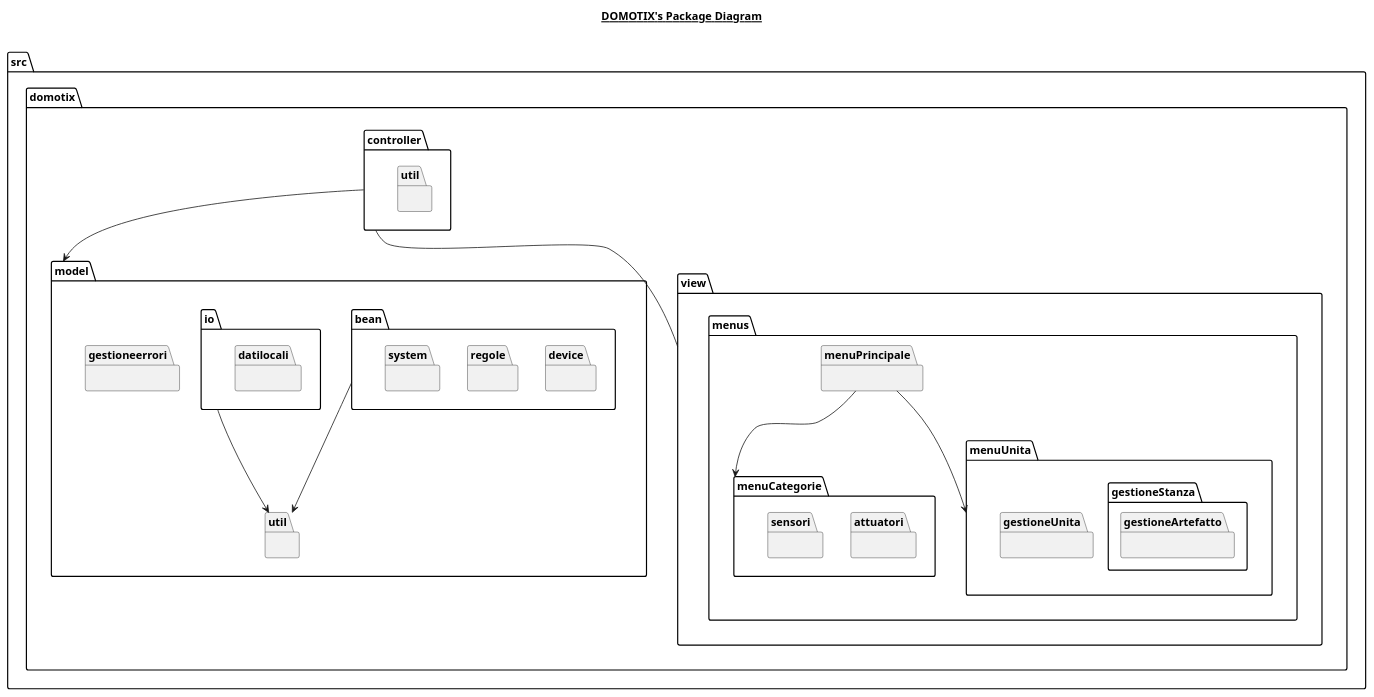
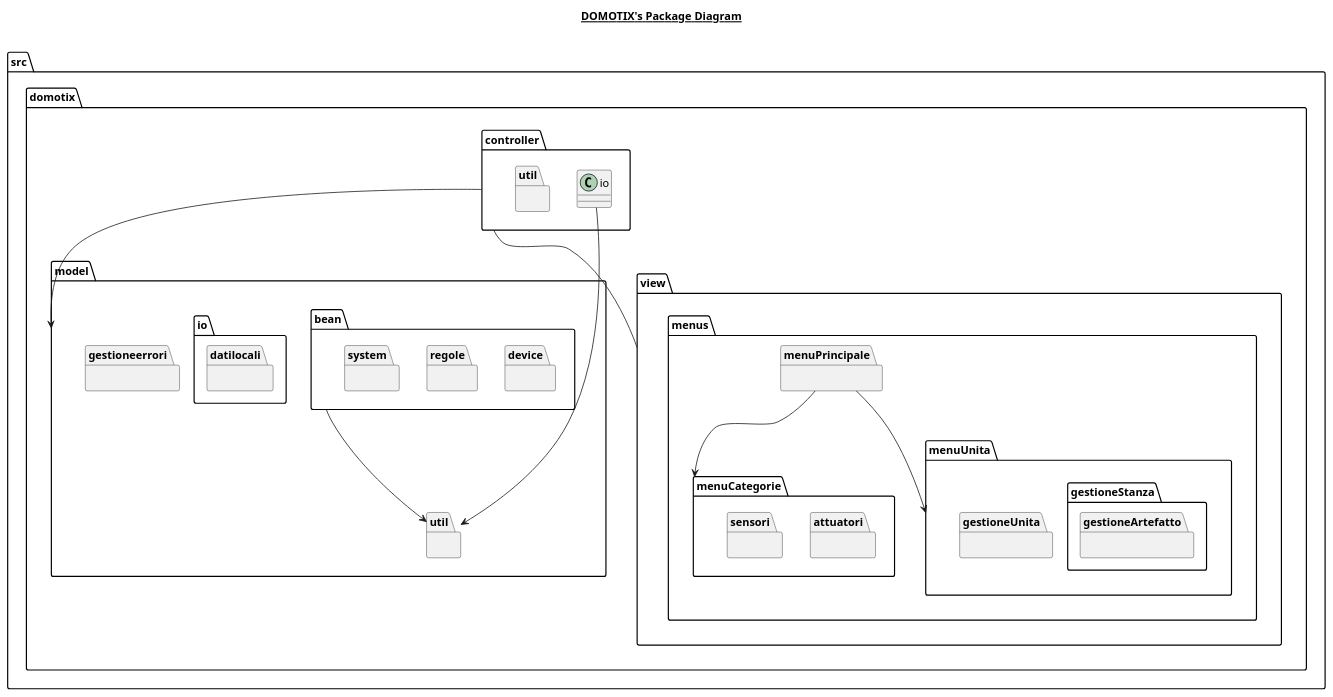
One commit to Edoar-do/Domotix changed the diagram in Package.plantuml. Above: the diagram before and after it, drawn with PlantUML. The commit also changed 76 other files, not shown here.

```diff
--- a/Package.plantuml
+++ b/Package.plantuml
@@ -1,59 +1,59 @@
 @startuml
 
 title __DOMOTIX's Package Diagram__\n
 
 namespace src {
     namespace domotix {
         namespace controller {
             namespace util {
             }
         }
         namespace model {
             namespace bean {
                 namespace device {
                 }
                 namespace regole {
                 }
                 namespace system {
                 }
             }
             namespace gestioneerrori {
             }
             namespace io {
                 namespace datilocali {
                 }
             }
             namespace util {
             }
         }
         namespace view {
             namespace menus {
                 namespace menuPrincipale {
                 }
                 namespace menuCategorie {
                     namespace attuatori {
                     }
                     namespace sensori {
                     }
                 }
                 namespace menuUnita {
                     namespace gestioneUnita {
                     }
                     namespace gestioneStanza {
                         namespace gestioneArtefatto {
                         }
                     }
                 }
             }
         }
     }
 }
 
 src.domotix.controller --> src.domotix.model
 src.domotix.controller -- src.domotix.view
 src.domotix.view.menus.menuPrincipale --> src.domotix.view.menus.menuUnita
 src.domotix.view.menus.menuPrincipale --> src.domotix.view.menus.menuCategorie
 src.domotix.model.bean --> src.domotix.model.util
-src.domotix.model.io --> src.domotix.model.util
+src.domotix.controller.io --> src.domotix.model.util
 
 @enduml
```
